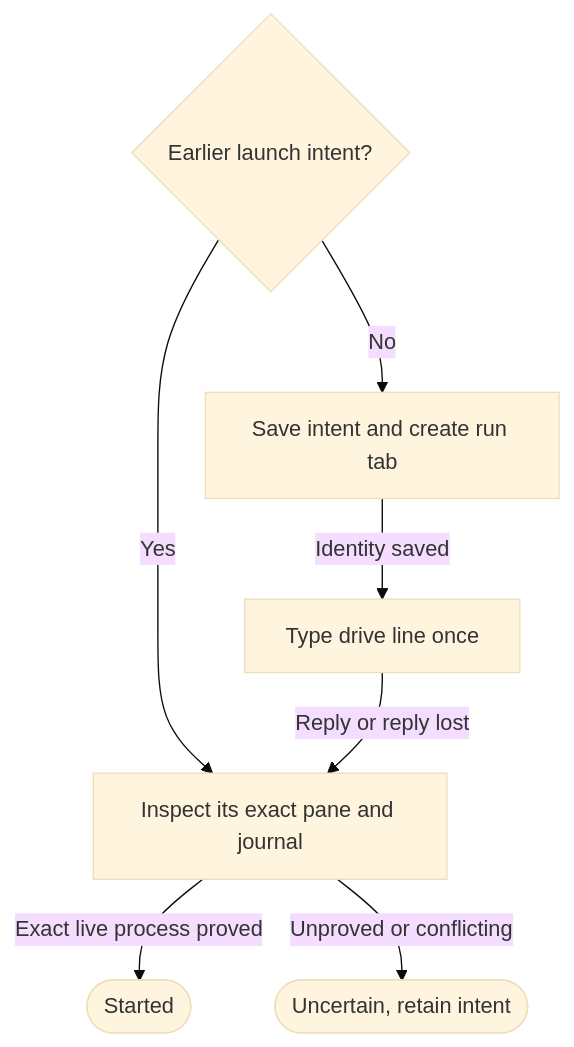
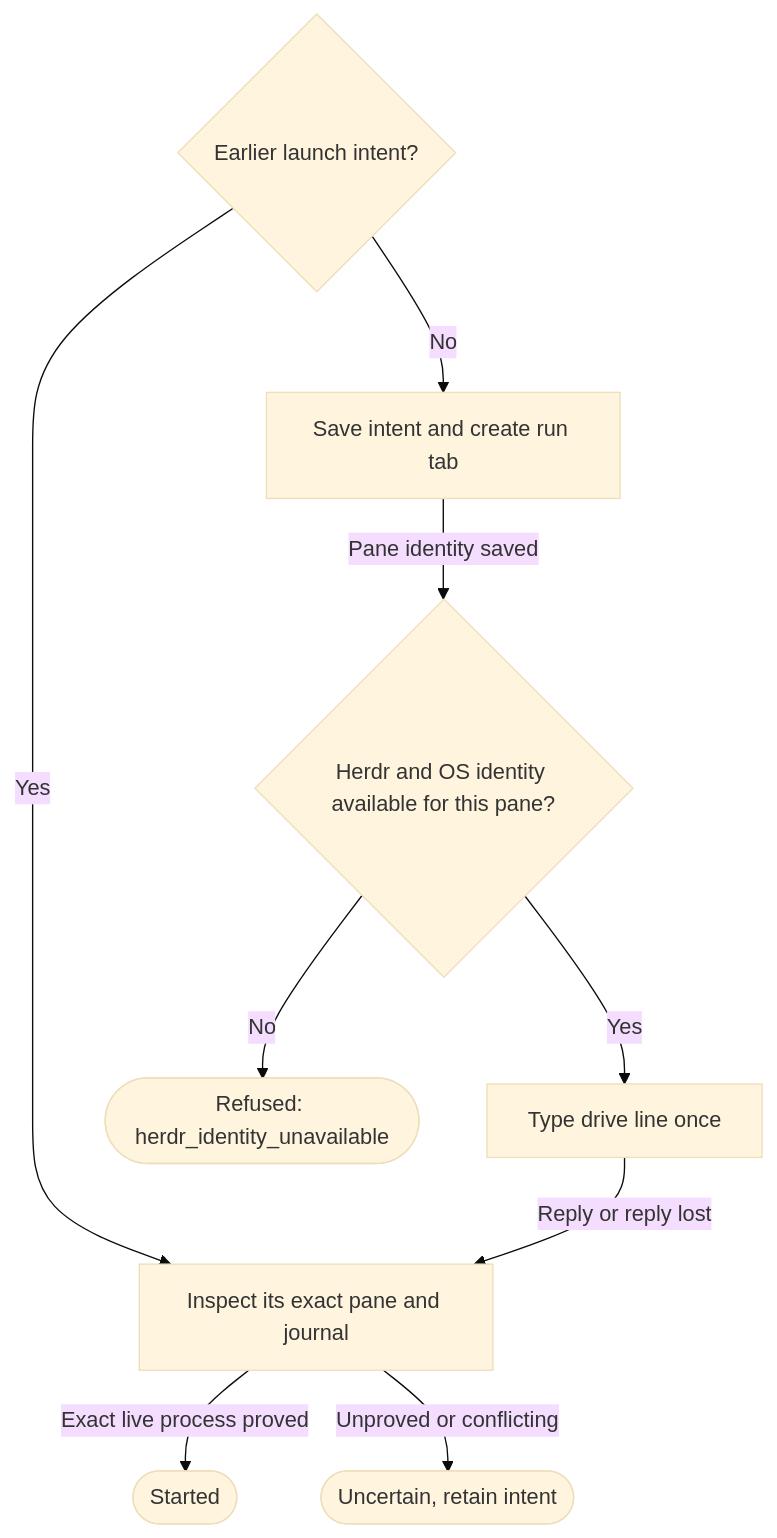
The diagram in prompts/cli/workflow-controller.prompt.md (promptdriven/pdd_alpha), drawn with Mermaid (base theme) before and after one commit. The commit also changed other lines of this file and 12 other files, not shown here.

Commit message:
Probe durable controller pane identity on fresh Herdr

````diff
--- a/prompts/cli/workflow-controller.prompt.md
+++ b/prompts/cli/workflow-controller.prompt.md
@@ -14,9 +14,11 @@
 ```mermaid
 flowchart TD
     I{Earlier launch intent?} -->|Yes| R[Inspect its exact pane and journal]
     I -->|No| W[Save intent and create run tab]
-    W -->|Identity saved| T[Type drive line once]
+    W -->|Pane identity saved| C{Herdr and OS identity available for this pane?}
+    C -->|Yes| T[Type drive line once]
+    C -->|No| F([Refused: herdr_identity_unavailable])
     T -->|Reply or reply lost| R
     R -->|Exact live process proved| S([Started])
     R -->|Unproved or conflicting| U([Uncertain, retain intent])
 ```
````
